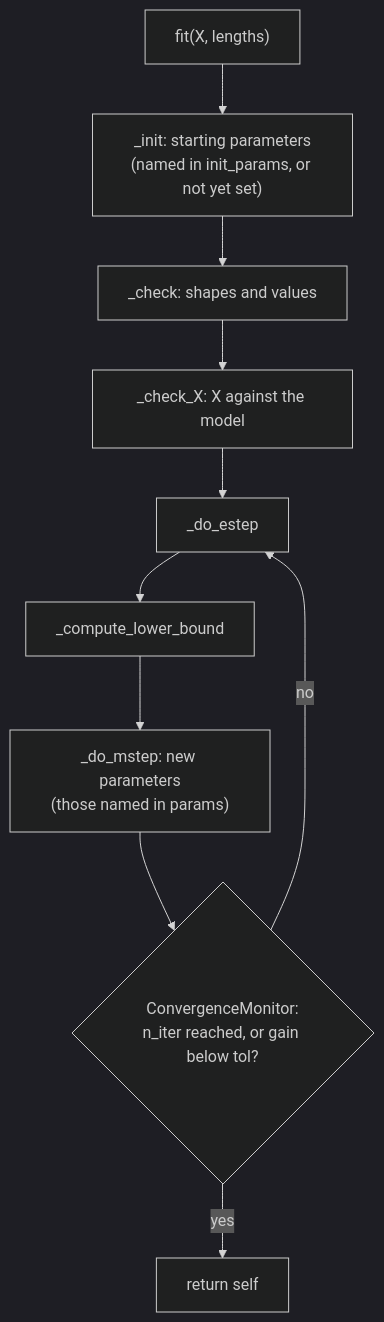
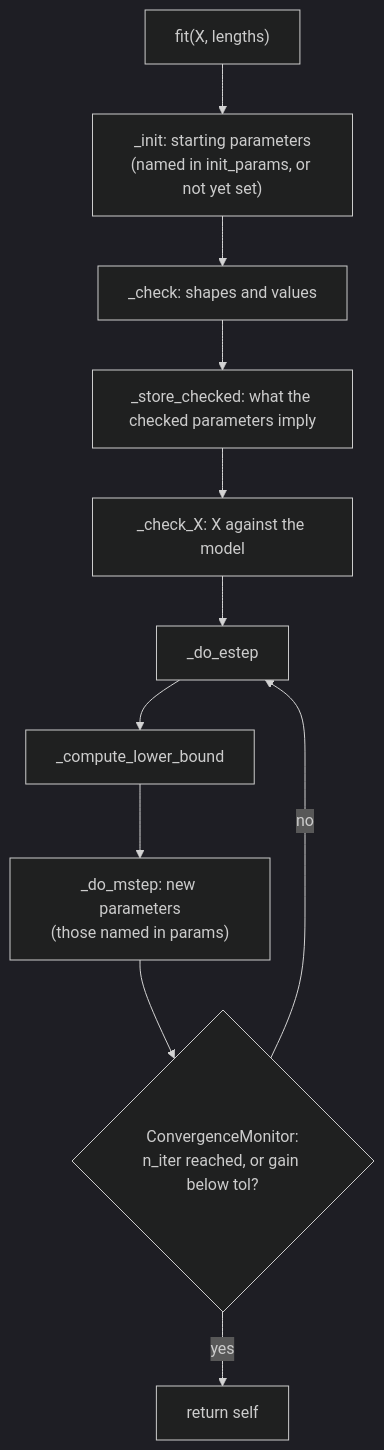
The second of 2 diagrams in ARCHITECTURE.md (runivers/hmm-craft), drawn with Mermaid (dark theme) before and after one commit. The commit also changed other lines of this file and 8 other files, not shown here.

````diff
--- a/ARCHITECTURE.md
+++ b/ARCHITECTURE.md
@@ -67,12 +67,13 @@
 ```mermaid
 flowchart TD
     A["fit(X, lengths)"] --> B["_init: starting parameters<br/>(named in init_params, or not yet set)"]
     B --> C["_check: shapes and values"]
-    C --> X["_check_X: X against the model"]
+    C --> S["_store_checked: what the checked parameters imply"]
+    S --> X["_check_X: X against the model"]
     X --> D["_do_estep"]
     D --> E["_compute_lower_bound"]
     E --> F["_do_mstep: new parameters<br/>(those named in params)"]
     F --> G{"ConvergenceMonitor:<br/>n_iter reached, or gain below tol?"}
     G -- no --> D
     G -- yes --> H["return self"]
 ```
````
